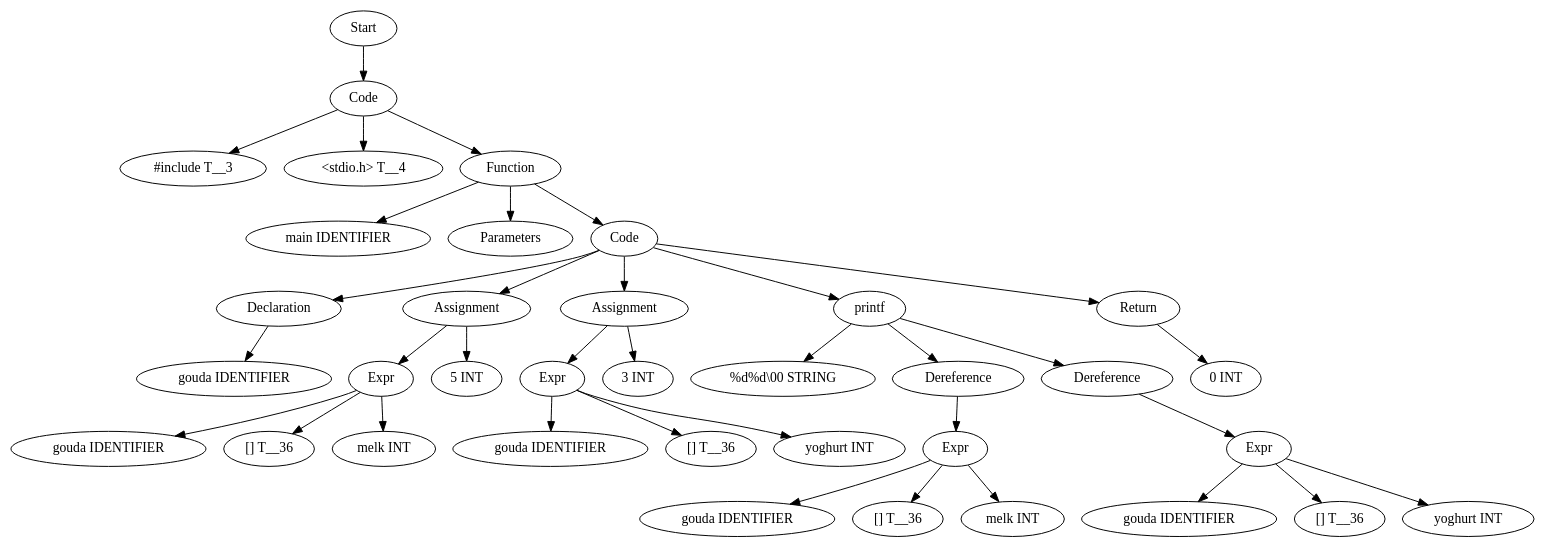
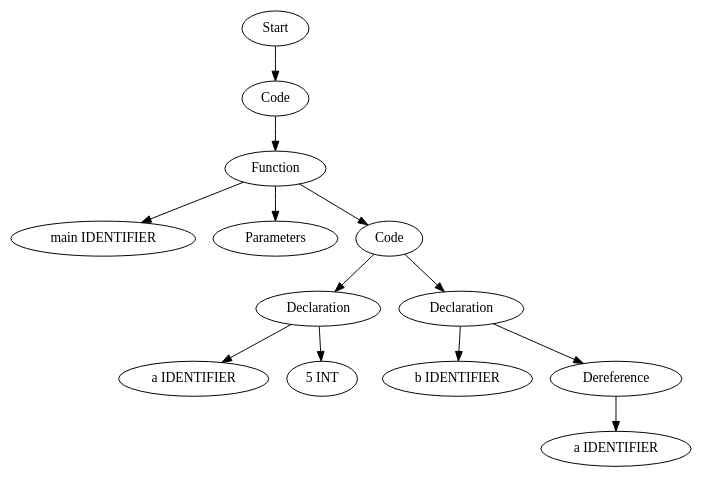
Before and after one commit to Are-you-listening/Compilers: the diagram in TestCases/ASTTests/ConversionTests/createTests/read_file_before.dot, drawn with Graphviz. The commit also changed 184 other files, not shown here.

```diff
--- a/TestCases/ASTTests/ConversionTests/createTests/read_file_before.dot
+++ b/TestCases/ASTTests/ConversionTests/createTests/read_file_before.dot
@@ -1,73 +1,27 @@
 digraph AST {
-  "139995272145712" [label="Start"];
-  "139995272145712" -> "139995272148304";
-  "139995272148304" [label="Code"];
-  "139995272148304" -> "139995272148448";
-  "139995272148304" -> "139995272148736";
-  "139995272148304" -> "139995272149792";
-  "139995272148448" [label="#include T__3"];
-  "139995272148736" [label="<stdio.h> T__4"];
-  "139995272149792" [label="Function"];
-  "139995272149792" -> "139995272146000";
-  "139995272149792" -> "139995272149696";
-  "139995272149792" -> "139995272145328";
-  "139995272146000" [label="main IDENTIFIER"];
-  "139995272149696" [label="Parameters"];
-  "139995272145328" [label="Code"];
-  "139995272145328" -> "139995272147776";
-  "139995272145328" -> "139995272143360";
-  "139995272145328" -> "139995272135872";
-  "139995272145328" -> "139995272137504";
-  "139995272145328" -> "139995272147200";
-  "139995272147776" [label="Declaration"];
-  "139995272147776" -> "139995272148976";
-  "139995272148976" [label="gouda IDENTIFIER"];
-  "139995272143360" [label="Assignment"];
-  "139995272143360" -> "139995272148112";
-  "139995272143360" -> "139995272135152";
-  "139995272148112" [label="Expr"];
-  "139995272148112" -> "139995272149216";
-  "139995272148112" -> "139995272142592";
-  "139995272148112" -> "139995272150080";
-  "139995272149216" [label="gouda IDENTIFIER"];
-  "139995272142592" [label="[] T__36"];
-  "139995272150080" [label="melk INT"];
-  "139995272135152" [label="5 INT"];
-  "139995272135872" [label="Assignment"];
-  "139995272135872" -> "139995272141056";
-  "139995272135872" -> "139995272146960";
-  "139995272141056" [label="Expr"];
-  "139995272141056" -> "139995272138464";
-  "139995272141056" -> "139995272142544";
-  "139995272141056" -> "139995272140048";
-  "139995272138464" [label="gouda IDENTIFIER"];
-  "139995272142544" [label="[] T__36"];
-  "139995272140048" [label="yoghurt INT"];
-  "139995272146960" [label="3 INT"];
-  "139995272137504" [label="printf"];
-  "139995272137504" -> "139995272147152";
-  "139995272137504" -> "139995272148688";
-  "139995272137504" -> "139995272148640";
-  "139995272147152" [label="%d%d\\00 STRING"];
-  "139995272148688" [label="Dereference"];
-  "139995272148688" -> "139995272147056";
-  "139995272147056" [label="Expr"];
-  "139995272147056" -> "139995272146288";
-  "139995272147056" -> "139995272149600";
-  "139995272147056" -> "139995272134720";
-  "139995272146288" [label="gouda IDENTIFIER"];
-  "139995272149600" [label="[] T__36"];
-  "139995272134720" [label="melk INT"];
-  "139995272148640" [label="Dereference"];
-  "139995272148640" -> "139995272145856";
-  "139995272145856" [label="Expr"];
-  "139995272145856" -> "139995272141344";
-  "139995272145856" -> "139995272146048";
-  "139995272145856" -> "139995272136928";
-  "139995272141344" [label="gouda IDENTIFIER"];
-  "139995272146048" [label="[] T__36"];
-  "139995272136928" [label="yoghurt INT"];
-  "139995272147200" [label="Return"];
-  "139995272147200" -> "139995272149936";
-  "139995272149936" [label="0 INT"];
+  "125224171497952" [label="Start"];
+  "125224171497952" -> "125224171493008";
+  "125224171493008" [label="Code"];
+  "125224171493008" -> "125224171488832";
+  "125224171488832" [label="Function"];
+  "125224171488832" -> "125224171488112";
+  "125224171488832" -> "125224171497856";
+  "125224171488832" -> "125224171496704";
+  "125224171488112" [label="main IDENTIFIER"];
+  "125224171497856" [label="Parameters"];
+  "125224171496704" [label="Code"];
+  "125224171496704" -> "125224171488928";
+  "125224171496704" -> "125224171496416";
+  "125224171488928" [label="Declaration"];
+  "125224171488928" -> "125224171498960";
+  "125224171488928" -> "125224171488736";
+  "125224171498960" [label="a IDENTIFIER"];
+  "125224171488736" [label="5 INT"];
+  "125224171496416" [label="Declaration"];
+  "125224171496416" -> "125224171487296";
+  "125224171496416" -> "125224171497808";
+  "125224171487296" [label="b IDENTIFIER"];
+  "125224171497808" [label="Dereference"];
+  "125224171497808" -> "125224171497232";
+  "125224171497232" [label="a IDENTIFIER"];
 }
```
